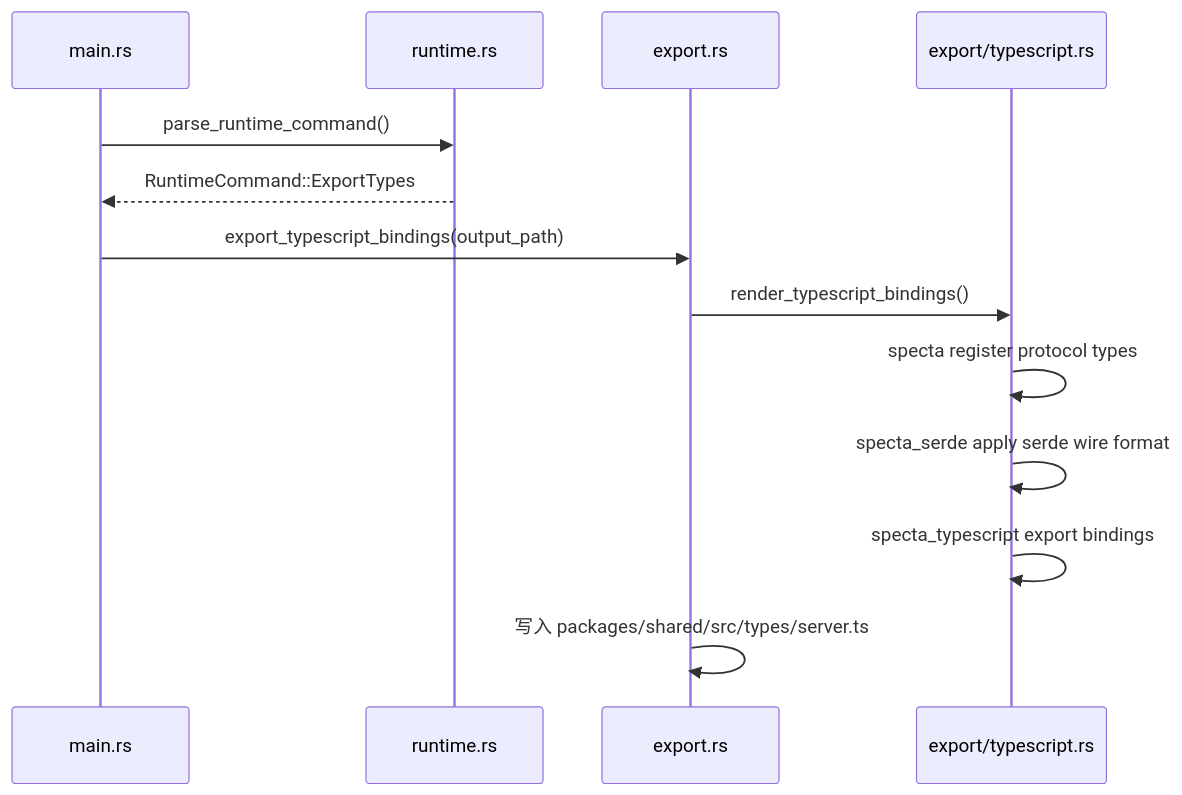
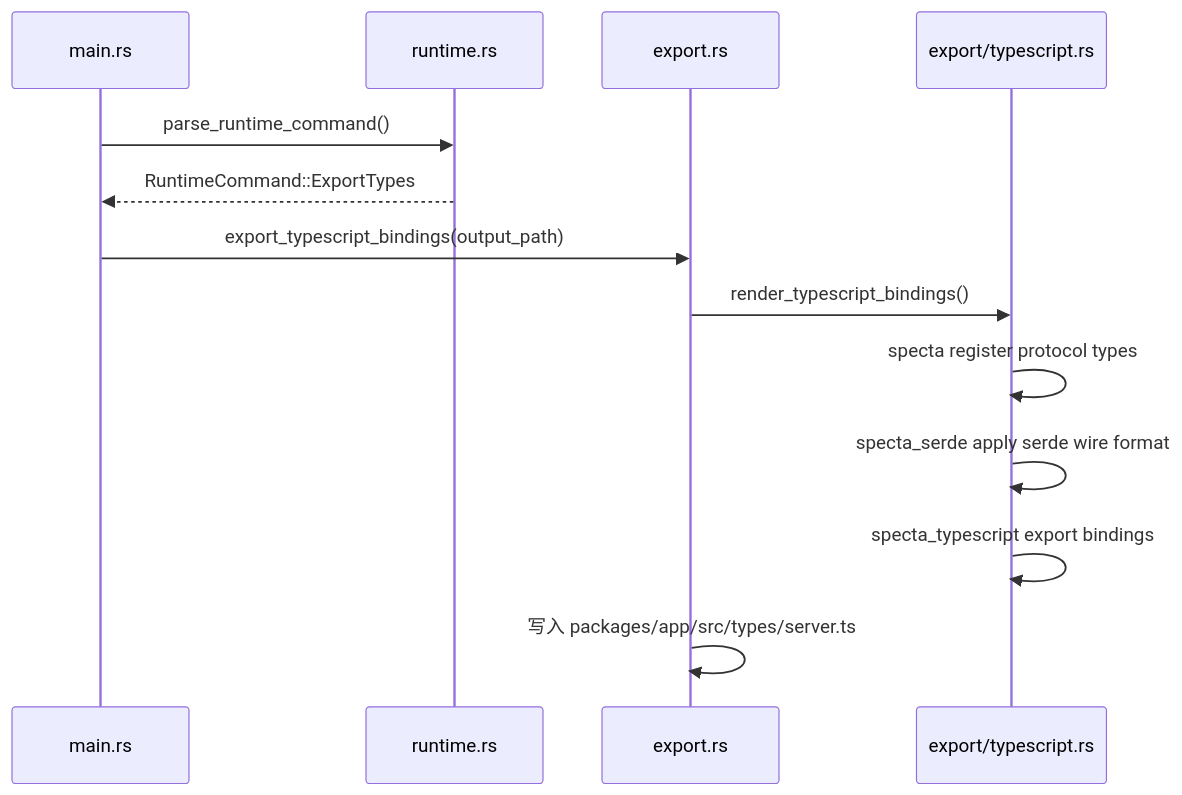
The third of 10 diagrams in crates/server/ARCHITECTURE.md (enximi/vibe-coding-remote), drawn with Mermaid before and after one commit. The commit also changed 28 other files, not shown here.

Commit message:
refactor(frontend): merge shared into app

````diff
--- a/crates/server/ARCHITECTURE.md
+++ b/crates/server/ARCHITECTURE.md
@@ -161,16 +161,16 @@
 ```mermaid
 sequenceDiagram
     participant Main as main.rs
     participant Runtime as runtime.rs
     participant Export as export.rs
     participant Generator as export/typescript.rs
 
     Main->>Runtime: parse_runtime_command()
     Runtime-->>Main: RuntimeCommand::ExportTypes
     Main->>Export: export_typescript_bindings(output_path)
     Export->>Generator: render_typescript_bindings()
     Generator->>Generator: specta register protocol types
     Generator->>Generator: specta_serde apply serde wire format
     Generator->>Generator: specta_typescript export bindings
-    Export->>Export: 写入 packages/shared/src/types/server.ts
+    Export->>Export: 写入 packages/app/src/types/server.ts
 ```
````
